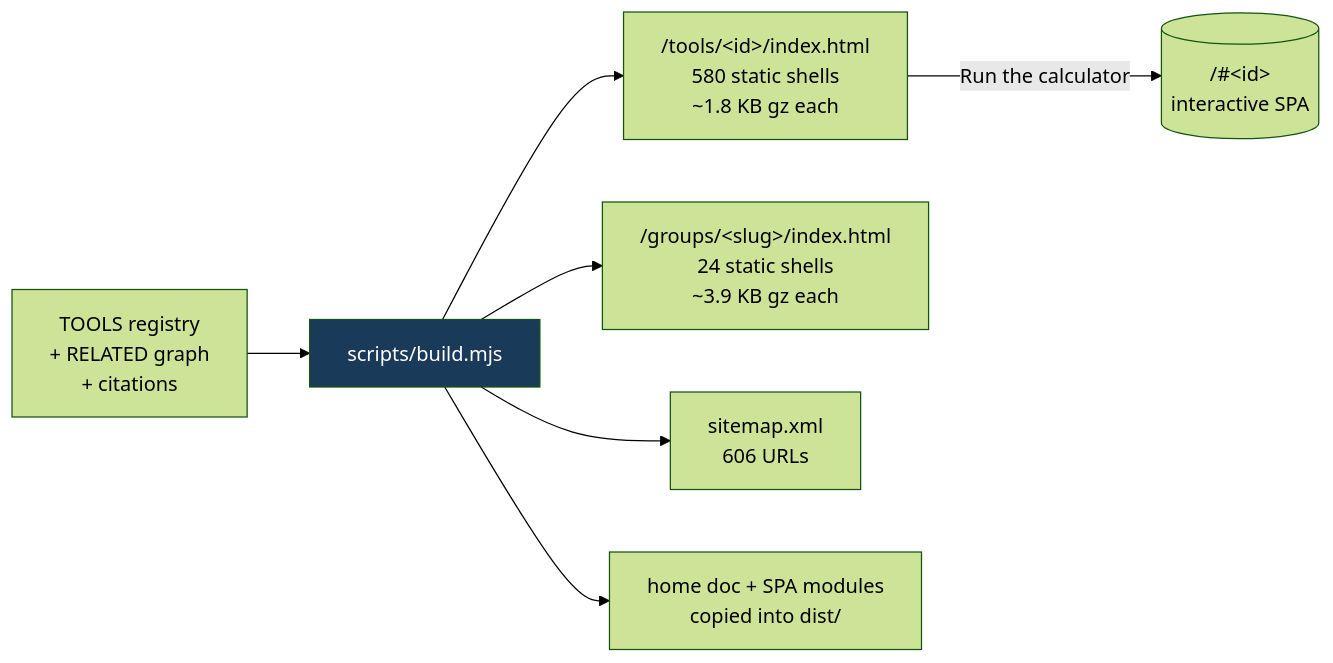
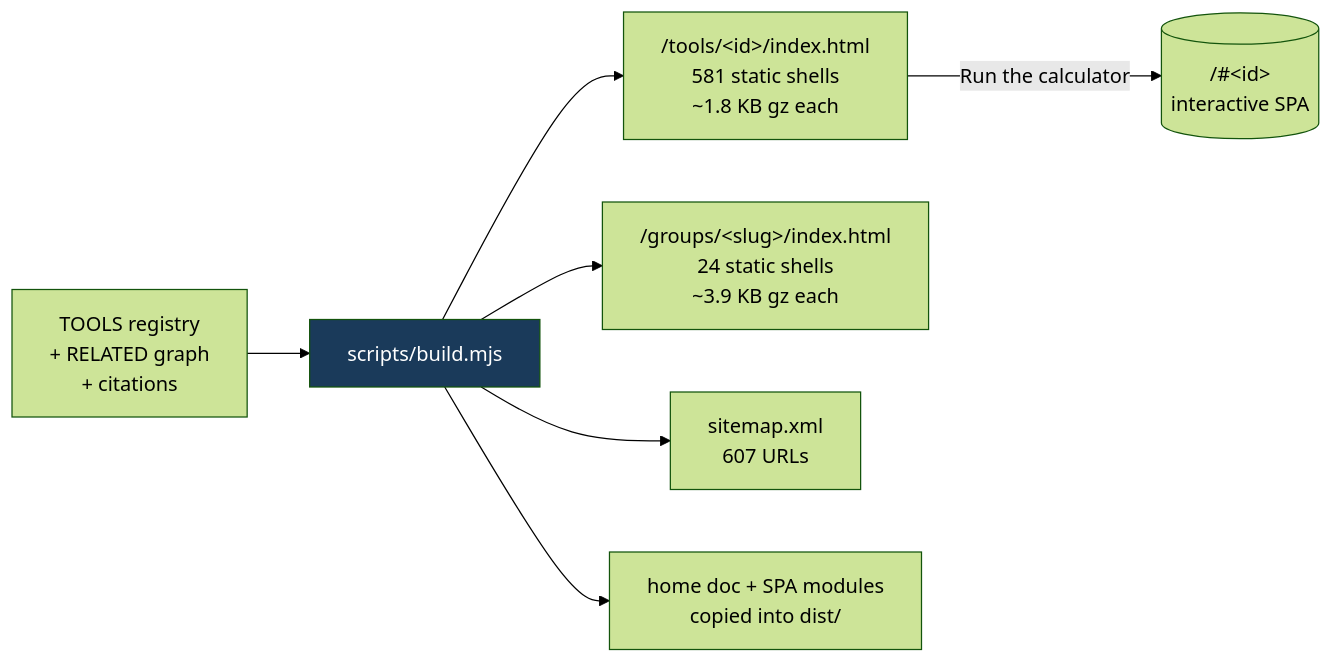
Before and after one commit to clay-good/roughlogic.com: the third of 6 diagrams in README.md, drawn with Mermaid (forest theme). The commit also changed other lines of this file and 16 other files, not shown here.

````diff
--- a/README.md
+++ b/README.md
@@ -278,10 +280,10 @@
 ```mermaid
 flowchart LR
     SRC[TOOLS registry\n+ RELATED graph\n+ citations] --> BUILD[scripts/build.mjs]
-    BUILD --> TILE["/tools/&lt;id&gt;/index.html\n580 static shells\n~1.8 KB gz each"]
+    BUILD --> TILE["/tools/&lt;id&gt;/index.html\n581 static shells\n~1.8 KB gz each"]
     BUILD --> GROUP["/groups/&lt;slug&gt;/index.html\n24 static shells\n~3.9 KB gz each"]
-    BUILD --> MAP["sitemap.xml\n606 URLs"]
+    BUILD --> MAP["sitemap.xml\n607 URLs"]
     BUILD --> COPY[home doc + SPA modules\ncopied into dist/]
     TILE -->|Run the calculator| SPA[("/#&lt;id&gt;\ninteractive SPA")]
     style BUILD fill:#1a3a5a,color:#fff
 ```
````
